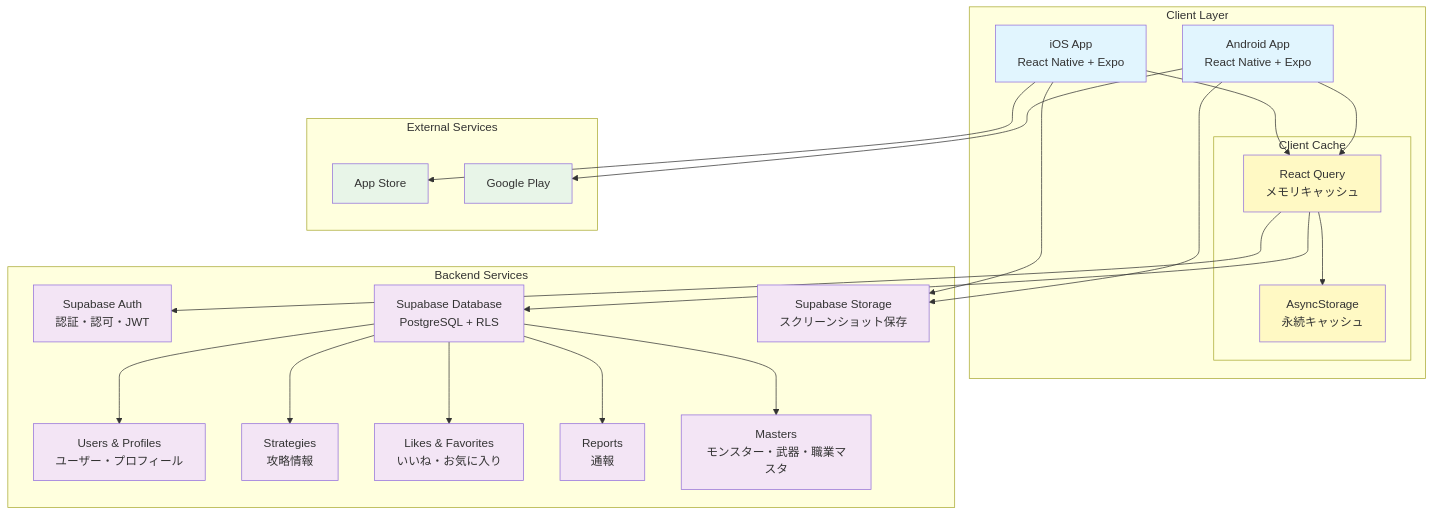
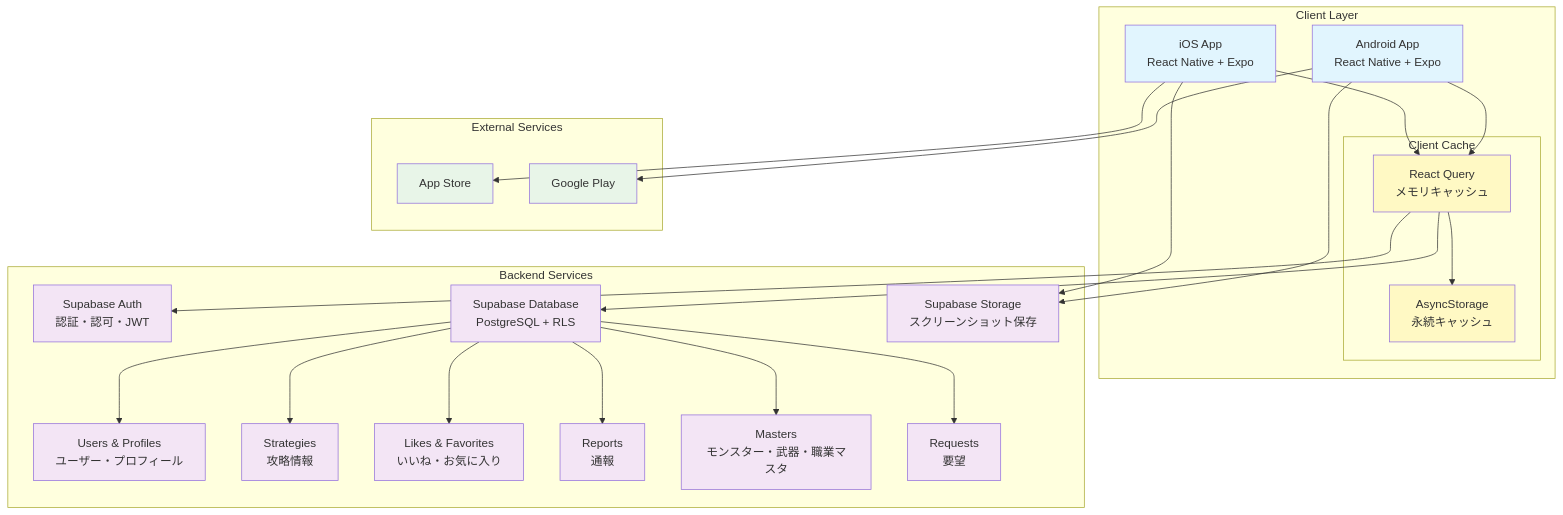
One commit to Lighthouse-projects/dqwfuntool_MonsterWalker changed the first of 2 diagrams in documents/2_アーキテクチャ設計書.md. Above: the diagram before and after it, drawn with Mermaid. The commit also changed other lines of this file and 4 other files, not shown here.

````diff
--- a/documents/2_アーキテクチャ設計書.md
+++ b/documents/2_アーキテクチャ設計書.md
@@ -26,54 +26,56 @@
 ```mermaid
 graph TB
     subgraph "Client Layer"
         A[iOS App<br/>React Native + Expo]
         B[Android App<br/>React Native + Expo]
         subgraph "Client Cache"
             CA[React Query<br/>メモリキャッシュ]
             CB[AsyncStorage<br/>永続キャッシュ]
         end
     end
 
     subgraph "Backend Services"
         D[Supabase Auth<br/>認証・認可・JWT]
         E[Supabase Database<br/>PostgreSQL + RLS]
         E1[Users & Profiles<br/>ユーザー・プロフィール]
         E2[Strategies<br/>攻略情報]
         E3[Likes & Favorites<br/>いいね・お気に入り]
         E4[Reports<br/>通報]
         E5[Masters<br/>モンスター・武器・職業マスタ]
+        E6[Requests<br/>要望]
         G[Supabase Storage<br/>スクリーンショット保存]
     end
 
     subgraph "External Services"
         L[App Store]
         M[Google Play]
     end
 
     A --> CA
     B --> CA
     CA --> CB
     CA --> D
     CA --> E
     A --> G
     B --> G
 
     E --> E1
     E --> E2
     E --> E3
     E --> E4
     E --> E5
+    E --> E6
 
     A --> L
     B --> M
 
     classDef client fill:#e1f5fe
     classDef backend fill:#f3e5f5
     classDef external fill:#e8f5e8
     classDef cache fill:#fff9c4
 
     class A,B client
     class CA,CB cache
-    class D,E,E1,E2,E3,E4,E5,G backend
+    class D,E,E1,E2,E3,E4,E5,E6,G backend
     class L,M external
 ```
````
